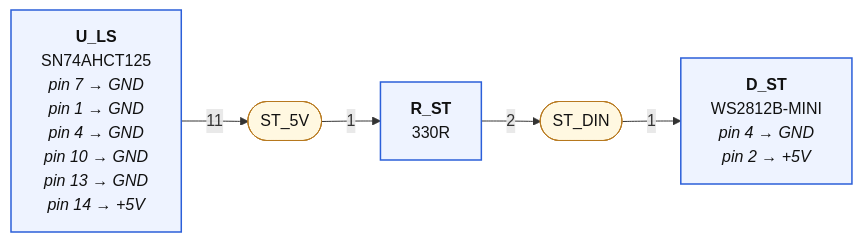
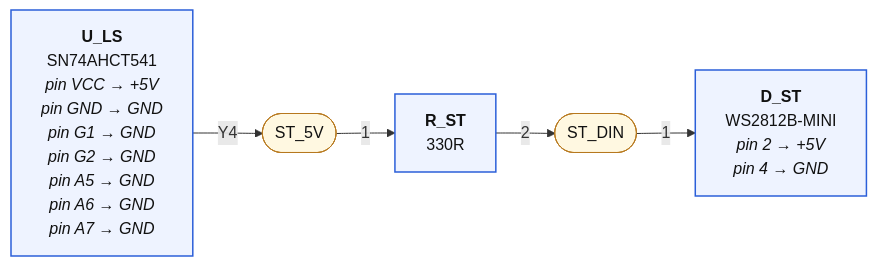
Before and after one commit to mrwillson2u/propmesh: the fourth of 5 diagrams in hardware/pro/sheets/05-led.diagram.md, drawn with Mermaid. The commit also changed other lines of this file and 44 other files, not shown here.

````diff
--- a/hardware/pro/sheets/05-led.diagram.md
+++ b/hardware/pro/sheets/05-led.diagram.md
@@ -104,19 +111,19 @@
 ```mermaid
 graph LR
   classDef part fill:#eef3ff,stroke:#2b5fd9,stroke-width:1.5px,color:#111
   classDef net fill:#fff8e1,stroke:#b7791f,color:#111
   classDef rail fill:#ffe0b2,stroke:#e65100,stroke-width:3px,color:#111,font-weight:bold
   classDef badnet fill:#ffe0e0,stroke:#c00,stroke-width:3px,color:#111,font-weight:bold
   classDef absent fill:#fff,stroke:#c00,stroke-width:2px,stroke-dasharray:6 4,color:#c00
   classDef extra fill:#ffecec,stroke:#c00,stroke-width:2px,color:#111
   classDef dnp fill:#f5f5f5,stroke:#999,stroke-dasharray:3 3,color:#666
   N_ST_5V(["ST_5V"]):::net
-  P_U_LS["<b>U_LS</b><br/>SN74AHCT125<br/><i>pin 7 → GND</i><br/><i>pin 1 → GND</i><br/><i>pin 4 → GND</i><br/><i>pin 10 → GND</i><br/><i>pin 13 → GND</i><br/><i>pin 14 → +5V</i>"]:::part
-  P_U_LS --"11"--> N_ST_5V
+  P_U_LS["<b>U_LS</b><br/>SN74AHCT541<br/><i>pin VCC → +5V</i><br/><i>pin GND → GND</i><br/><i>pin G1 → GND</i><br/><i>pin G2 → GND</i><br/><i>pin A5 → GND</i><br/><i>pin A6 → GND</i><br/><i>pin A7 → GND</i>"]:::part
+  P_U_LS --"Y4"--> N_ST_5V
   P_R_ST["<b>R_ST</b><br/>330R"]:::part
   N_ST_5V --"1"--> P_R_ST
   N_ST_DIN(["ST_DIN"]):::net
   P_R_ST --"2"--> N_ST_DIN
-  P_D_ST["<b>D_ST</b><br/>WS2812B-MINI<br/><i>pin 4 → GND</i><br/><i>pin 2 → +5V</i>"]:::part
+  P_D_ST["<b>D_ST</b><br/>WS2812B-MINI<br/><i>pin 2 → +5V</i><br/><i>pin 4 → GND</i>"]:::part
   N_ST_DIN --"1"--> P_D_ST
 ```
````
